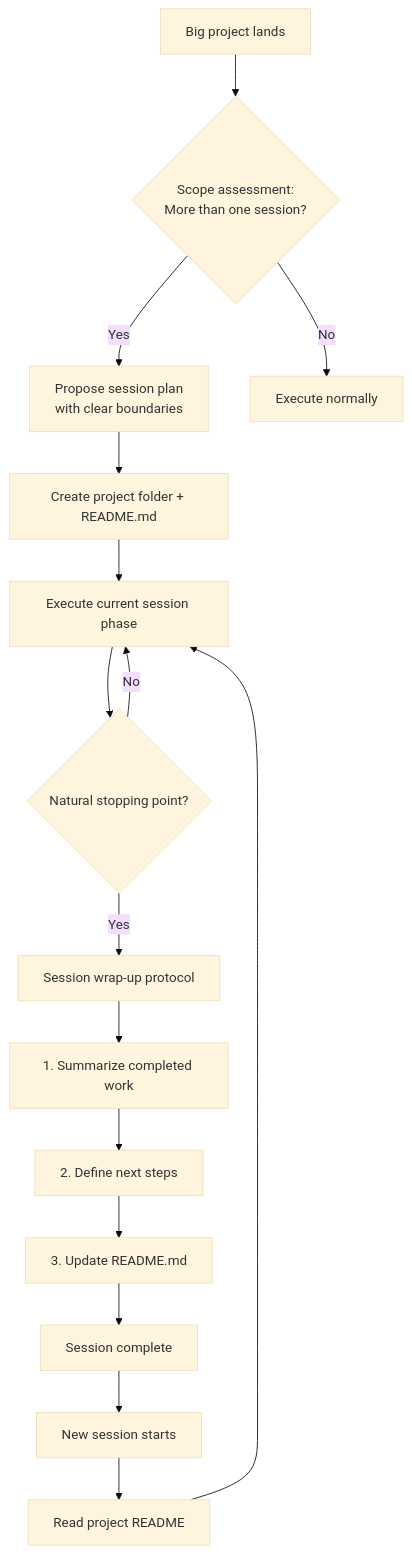
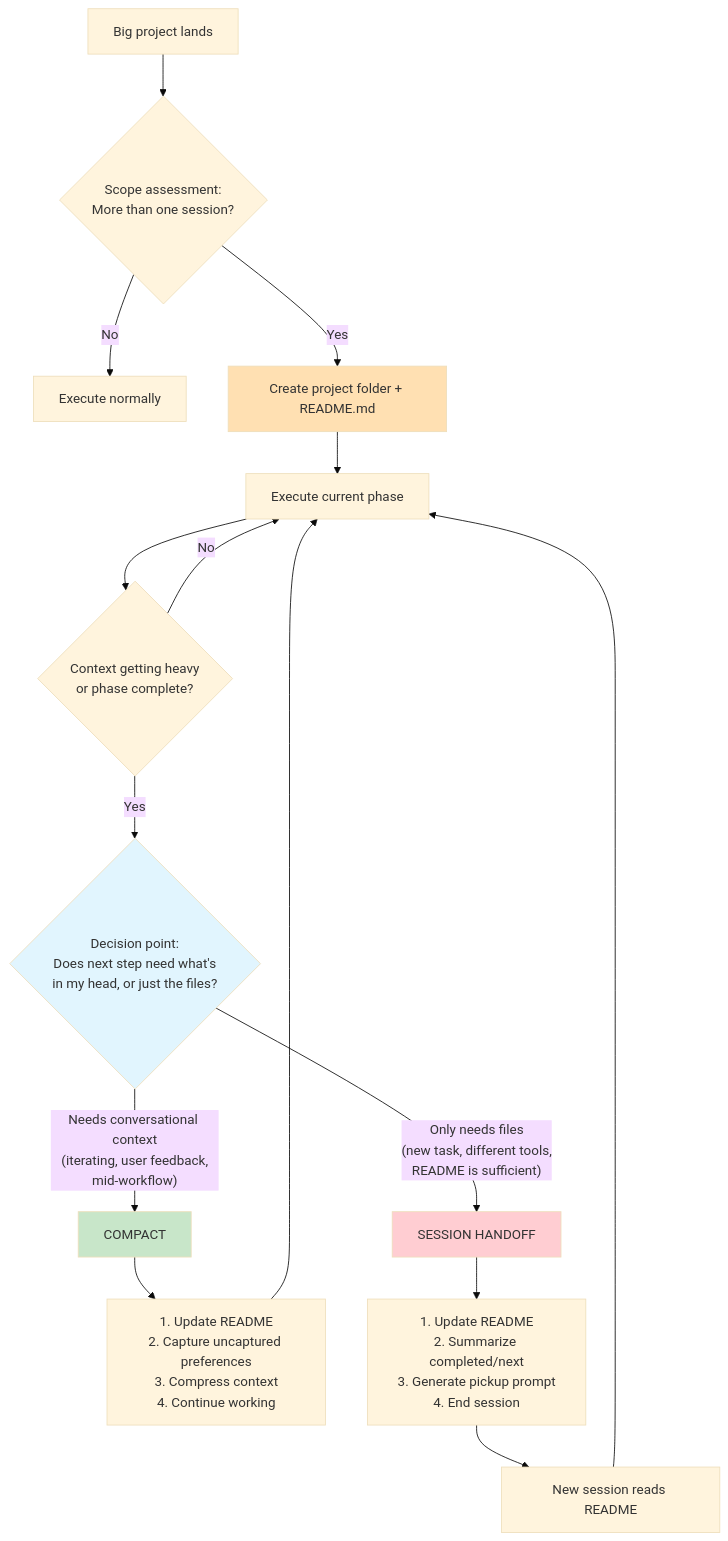
One commit to Andytoizer/session-handoff changed the diagram in CLAUDE.md. Above: the diagram before and after it, drawn with Mermaid (base theme). The commit also changed other lines of this file and 1 other file, not shown here.

Commit message:
Update README and CLAUDE.md with compaction framework
- Updated mermaid diagram to show compact vs. handoff decision flow
- Added "When to Compact vs. New Session" table with clear criteria
- Rule of thumb: if a colleague could pick up from the README alone,
  new session. If they'd need to ask "what did the user say?", compact.
- Updated project README example to reflect real campaign data
- CLAUDE.md architecture diagram now shows both paths

````diff
--- a/CLAUDE.md
+++ b/CLAUDE.md
@@ -9,18 +9,22 @@
 ```mermaid
 flowchart TD
     A["Big project lands"] --> B{"Scope assessment:\nMore than one session?"}
-    B -->|Yes| C["Propose session plan\nwith clear boundaries"]
-    B -->|No| D["Execute normally"]
-    C --> E["Create project folder + README.md"]
-    E --> F["Execute current session phase"]
-    F --> G{"Natural stopping point?"}
-    G -->|No| F
-    G -->|Yes| H["Session wrap-up protocol"]
-    H --> I["1. Summarize completed work"]
-    I --> J["2. Define next steps"]
-    J --> K["3. Update README.md"]
-    K --> L["Session complete"]
-    L --> M["New session starts"]
-    M --> N["Read project README"]
-    N --> F
+    B -->|No| C["Execute normally"]
+    B -->|Yes| D["Create project folder + README.md"]
+    D --> E["Execute current phase"]
+    E --> F{"Context getting heavy\nor phase complete?"}
+    F -->|No| E
+    F -->|Yes| G{"Decision point:\nDoes next step need what's\nin my head, or just the files?"}
+    G -->|"Needs conversational context\n(iterating, user feedback,\nmid-workflow)"| H["COMPACT"]
+    G -->|"Only needs files\n(new task, different tools,\nREADME is sufficient)"| I["SESSION HANDOFF"]
+    H --> J["1. Update README\n2. Capture uncaptured preferences\n3. Compress context\n4. Continue working"]
+    I --> K["1. Update README\n2. Summarize completed/next\n3. Generate pickup prompt\n4. End session"]
+    J --> E
+    K --> L["New session reads README"]
+    L --> E
+
+    style D fill:#ffe0b2
+    style G fill:#e1f5fe
+    style H fill:#c8e6c9
+    style I fill:#ffcdd2
 ```
````
